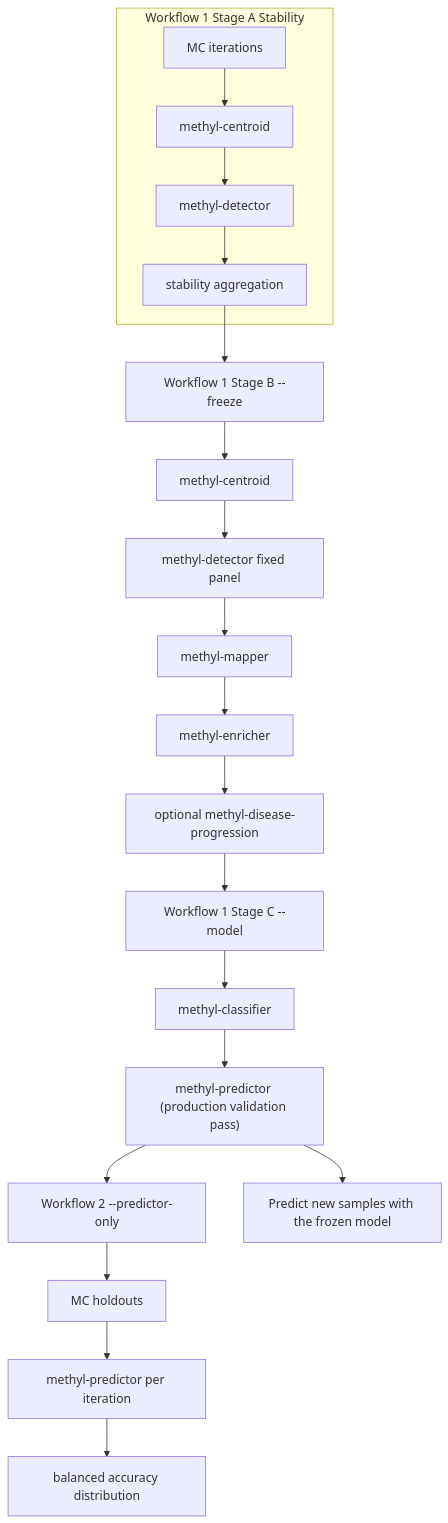
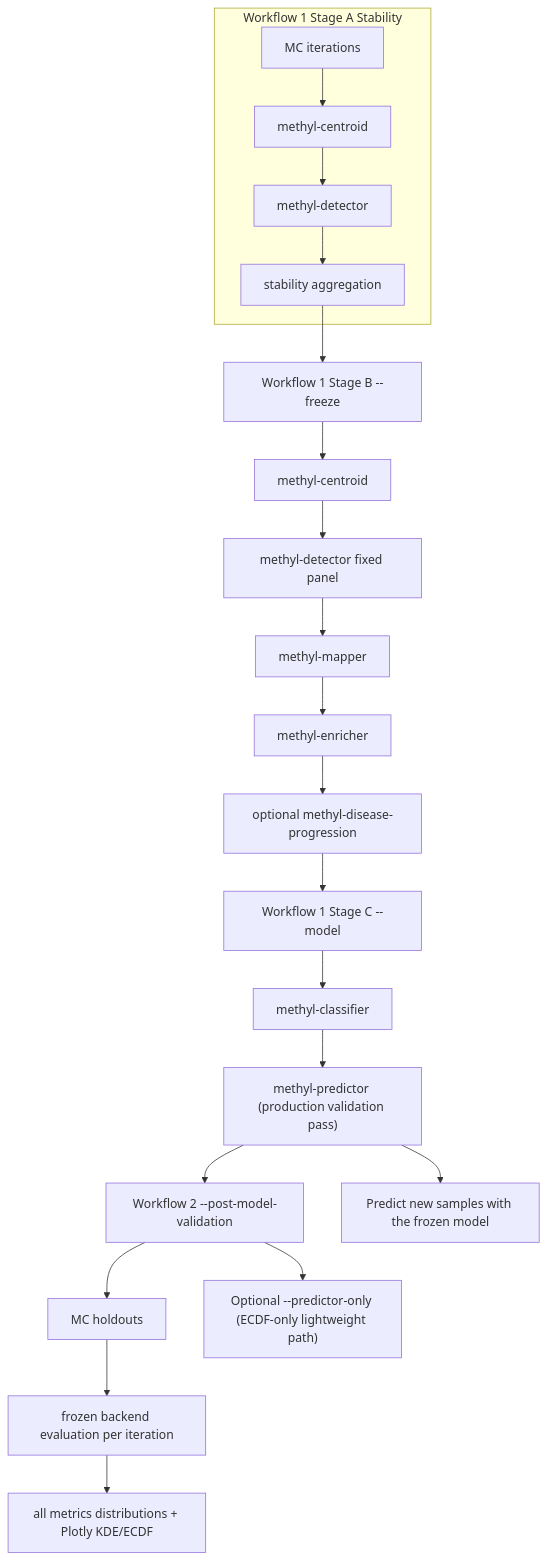
One commit to Goliath-Research/GoliathWorkflow changed the diagram in packages/methylvalidation/docs/USAGE.md. Above: the diagram before and after it, drawn with Mermaid. The commit also changed other lines of this file and 11 other files, not shown here.

````diff
--- a/packages/methylvalidation/docs/USAGE.md
+++ b/packages/methylvalidation/docs/USAGE.md
@@ -45,22 +46,24 @@
 ```mermaid
 flowchart TB
   subgraph mcStage [Workflow 1 Stage A Stability]
     mcIter["MC iterations"]
     mcC[methyl-centroid]
     mcD[methyl-detector]
     mcS["stability aggregation"]
     mcIter --> mcC --> mcD --> mcS
   end
 
   mcS --> freezeStageStart["Workflow 1 Stage B --freeze"]
   freezeStageStart --> frC[methyl-centroid]
   frC --> frD["methyl-detector fixed panel"] --> frM[methyl-mapper] --> frE[methyl-enricher] --> frP["optional methyl-disease-progression"]
 
   frP --> modelStageStart["Workflow 1 Stage C --model"]
   modelStageStart --> mdC[methyl-classifier] --> mdP["methyl-predictor (production validation pass)"]
 
-  mdP --> wf2Start["Workflow 2 --predictor-only"]
-  wf2Start --> wf2Iter["MC holdouts"] --> wf2Pred["methyl-predictor per iteration"] --> wf2Ba["balanced accuracy distribution"]
+  mdP --> wf2Start["Workflow 2 --post-model-validation"]
+  wf2Start --> wf2Iter["MC holdouts"] --> wf2Pred["frozen backend evaluation per iteration"] --> wf2Ba["all metrics distributions + Plotly KDE/ECDF"]
+
+  wf2Start --> wf2Lite["Optional --predictor-only (ECDF-only lightweight path)"]
 
   mdP --> newSamplePred["Predict new samples with the frozen model"]
 ```
````
